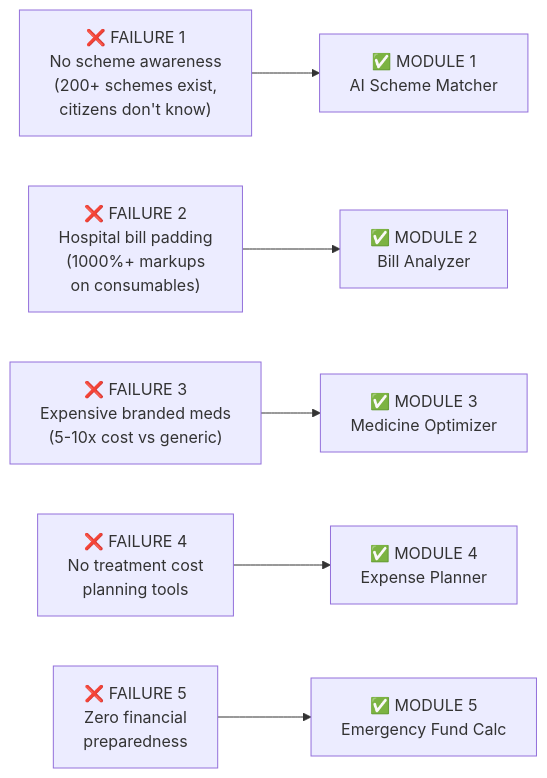
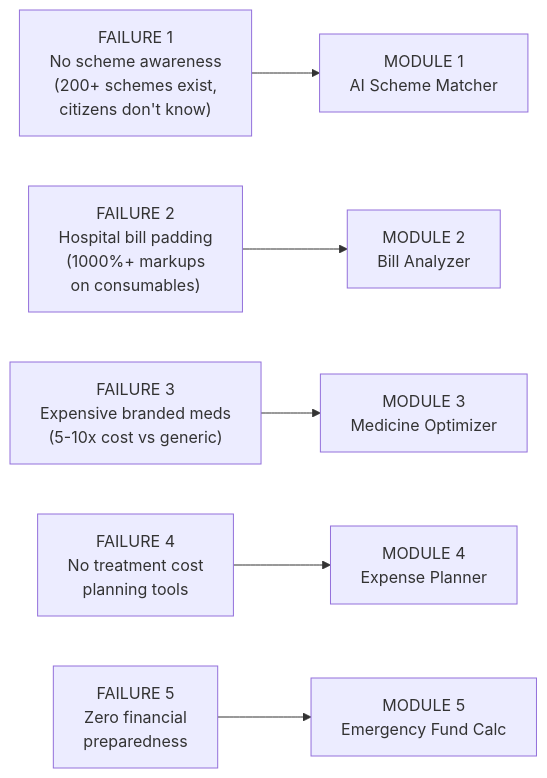
One commit to batmanven/blueprint-hackathon changed the second of 3 diagrams in IMPLEMENTATION.md. Above: the diagram before and after it, drawn with Mermaid. The commit also changed other lines of this file and 1 other file, not shown here.

````diff
--- a/IMPLEMENTATION.md
+++ b/IMPLEMENTATION.md
@@ -79,12 +79,12 @@
 ```mermaid
 flowchart LR
-    F1["❌ FAILURE 1<br/>No scheme awareness<br/>(200+ schemes exist,<br/>citizens don't know)"] --> M1["✅ MODULE 1<br/>AI Scheme Matcher"]
-    
-    F2["❌ FAILURE 2<br/>Hospital bill padding<br/>(1000%+ markups<br/>on consumables)"] --> M2["✅ MODULE 2<br/>Bill Analyzer"]
-    
-    F3["❌ FAILURE 3<br/>Expensive branded meds<br/>(5-10x cost vs generic)"] --> M3["✅ MODULE 3<br/>Medicine Optimizer"]
-    
-    F4["❌ FAILURE 4<br/>No treatment cost<br/>planning tools"] --> M4["✅ MODULE 4<br/>Expense Planner"]
-    
-    F5["❌ FAILURE 5<br/>Zero financial<br/>preparedness"] --> M5["✅ MODULE 5<br/>Emergency Fund Calc"]
+    F1["FAILURE 1<br/>No scheme awareness<br/>(200+ schemes exist,<br/>citizens don't know)"] --> M1["MODULE 1<br/>AI Scheme Matcher"]
+
+    F2["FAILURE 2<br/>Hospital bill padding<br/>(1000%+ markups<br/>on consumables)"] --> M2["MODULE 2<br/>Bill Analyzer"]
+
+    F3["FAILURE 3<br/>Expensive branded meds<br/>(5-10x cost vs generic)"] --> M3["MODULE 3<br/>Medicine Optimizer"]
+
+    F4["FAILURE 4<br/>No treatment cost<br/>planning tools"] --> M4["MODULE 4<br/>Expense Planner"]
+
+    F5["FAILURE 5<br/>Zero financial<br/>preparedness"] --> M5["MODULE 5<br/>Emergency Fund Calc"]
 ```
````
